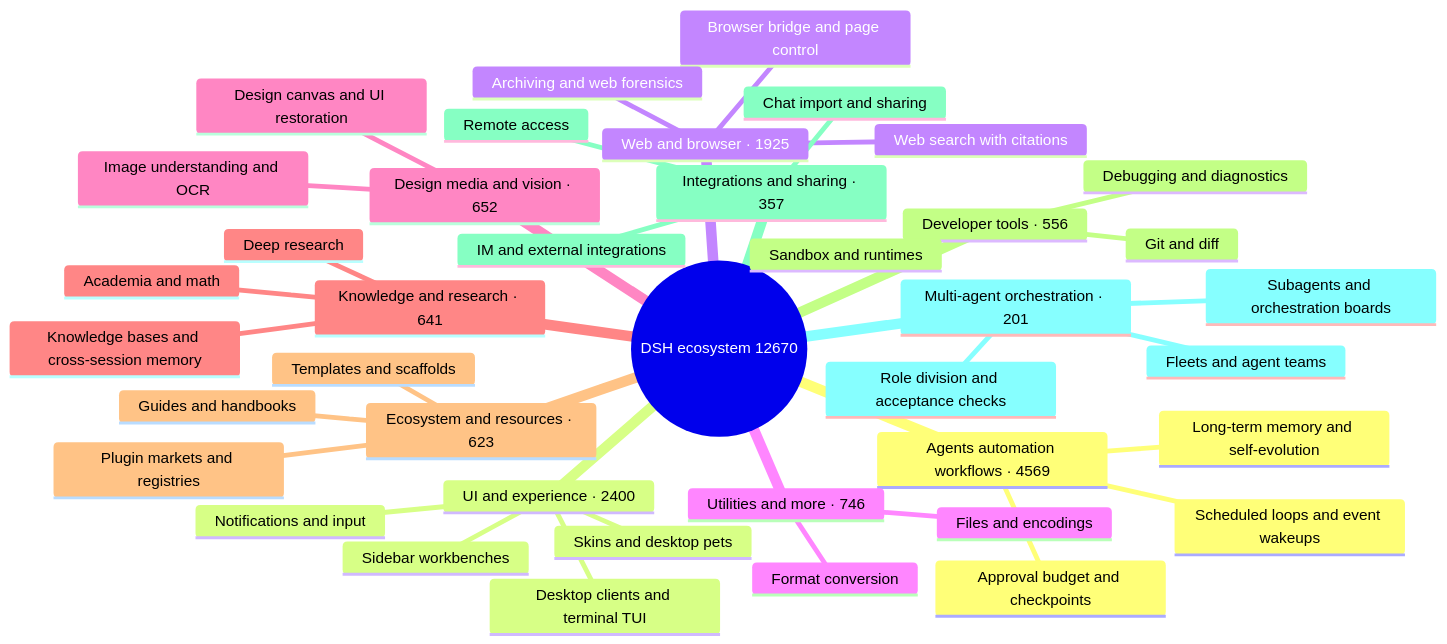
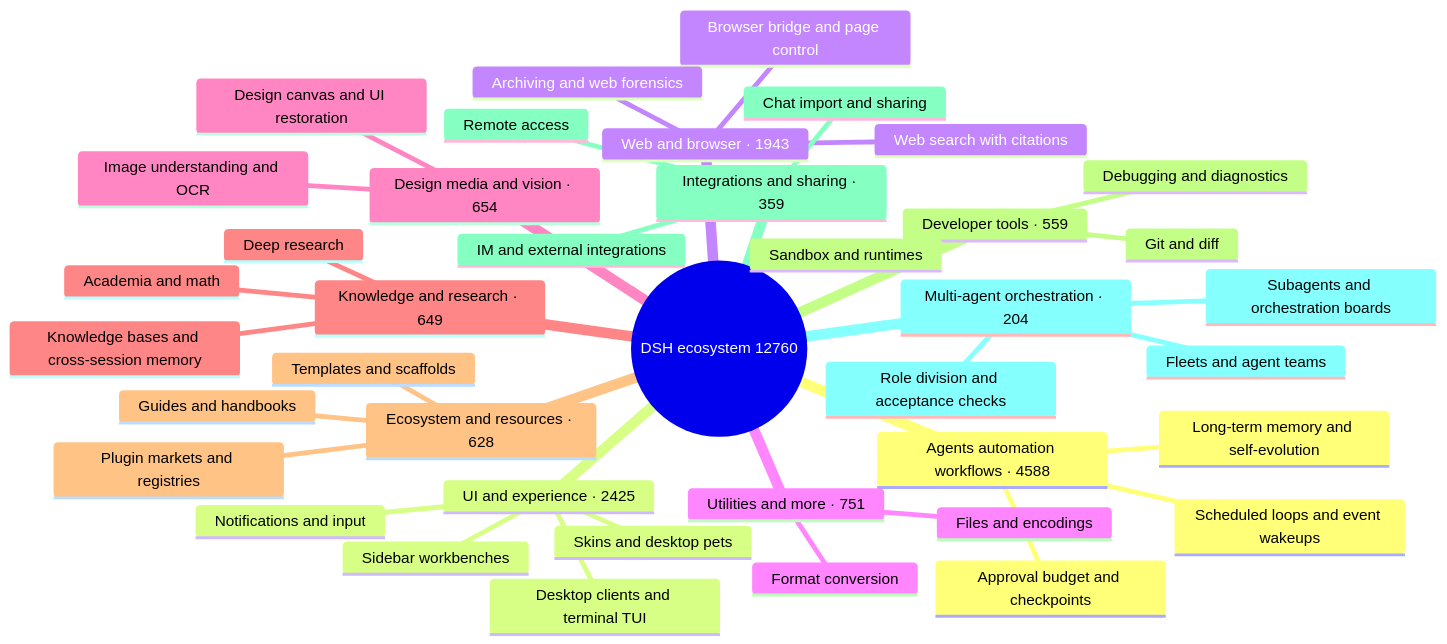
One commit to BOWLUNA/awesome-dsh-plugin changed the diagram in README_EN.md. Above: the diagram before and after it, drawn with Mermaid. The commit also changed other lines of this file and 20 other files, not shown here.

````diff
--- a/README_EN.md
+++ b/README_EN.md
@@ -33,43 +33,43 @@
 ```mermaid
 mindmap
-  root((DSH ecosystem 12670))
-    Agents automation workflows · 4569
+  root((DSH ecosystem 12760))
+    Agents automation workflows · 4588
       Scheduled loops and event wakeups
       Long-term memory and self-evolution
       Approval budget and checkpoints
-    UI and experience · 2400
+    UI and experience · 2425
       Desktop clients and terminal TUI
       Sidebar workbenches
       Skins and desktop pets
       Notifications and input
-    Web and browser · 1925
+    Web and browser · 1943
       Browser bridge and page control
       Web search with citations
       Archiving and web forensics
-    Utilities and more · 746
+    Utilities and more · 751
       Files and encodings
       Format conversion
-    Design media and vision · 652
+    Design media and vision · 654
       Image understanding and OCR
       Design canvas and UI restoration
-    Knowledge and research · 641
+    Knowledge and research · 649
       Knowledge bases and cross-session memory
       Deep research
       Academia and math
-    Ecosystem and resources · 623
+    Ecosystem and resources · 628
       Plugin markets and registries
       Templates and scaffolds
       Guides and handbooks
-    Developer tools · 556
+    Developer tools · 559
       Git and diff
       Sandbox and runtimes
       Debugging and diagnostics
-    Integrations and sharing · 357
+    Integrations and sharing · 359
       Chat import and sharing
       Remote access
       IM and external integrations
-    Multi-agent orchestration · 201
+    Multi-agent orchestration · 204
       Subagents and orchestration boards
       Fleets and agent teams
       Role division and acceptance checks
 ```
````
